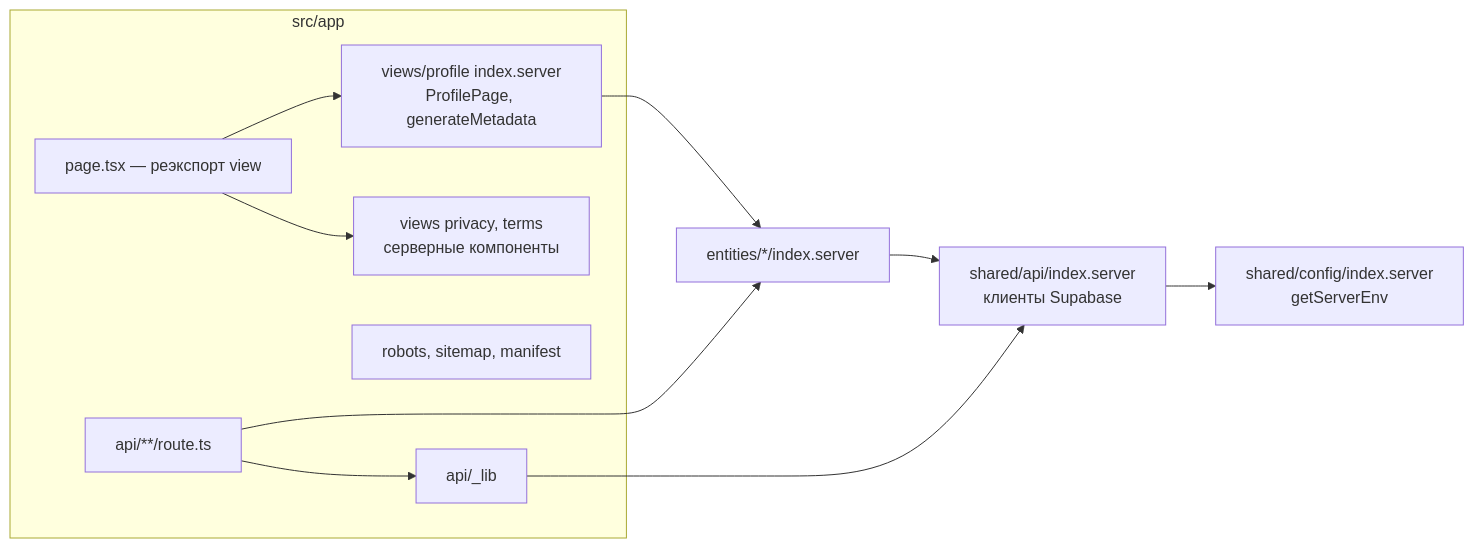
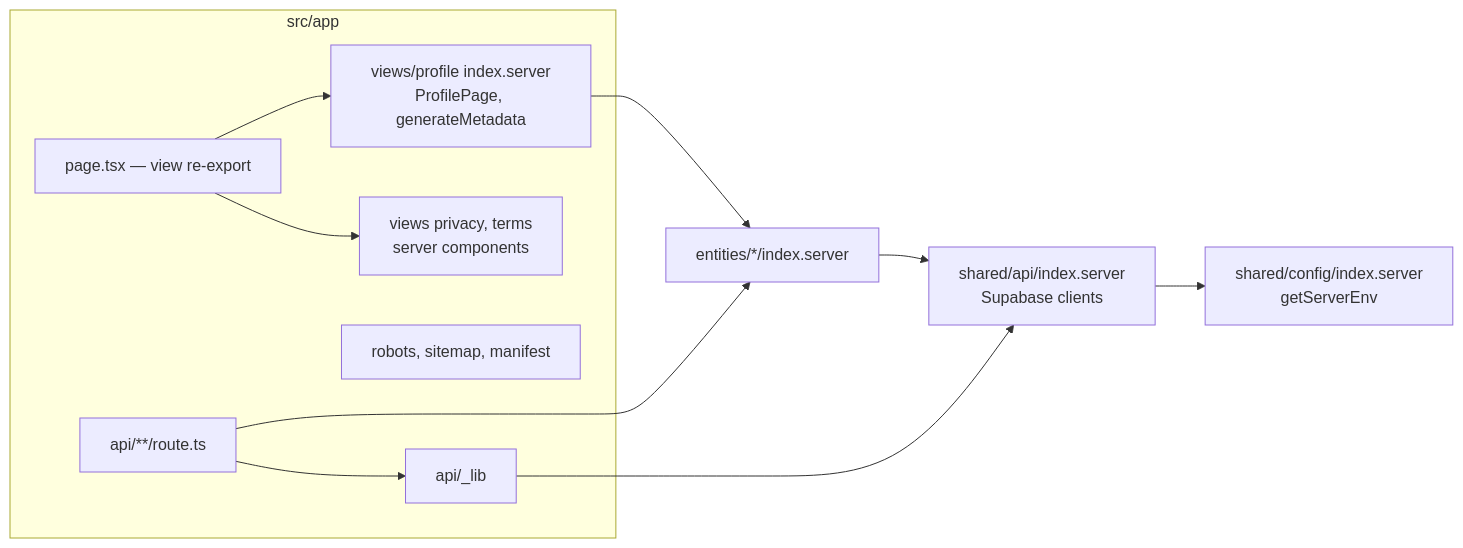
Before and after one commit to verkhoturov/freudin-website: the second of 2 diagrams in docs/code-map.md, drawn with Mermaid. The commit also changed other lines of this file and 74 other files, not shown here.

````diff
--- a/docs/code-map.md
+++ b/docs/code-map.md
@@ -63,24 +61,24 @@
 ```mermaid
 graph LR
     subgraph Routing["src/app"]
-        Pages["page.tsx — реэкспорт view"]
+        Pages["page.tsx — view re-export"]
         SSR["views/profile index.server<br/>ProfilePage, generateMetadata"]
-        Legal["views privacy, terms<br/>серверные компоненты"]
+        Legal["views privacy, terms<br/>server components"]
         Meta["robots, sitemap, manifest"]
         API["api/**/route.ts"]
         Lib["api/_lib"]
     end
 
     EntServer["entities/*/index.server"]
-    SharedServer["shared/api/index.server<br/>клиенты Supabase"]
+    SharedServer["shared/api/index.server<br/>Supabase clients"]
     Env["shared/config/index.server<br/>getServerEnv"]
 
     Pages --> SSR
     Pages --> Legal
     API --> Lib
     API --> EntServer
     SSR --> EntServer
     Lib --> SharedServer
     EntServer --> SharedServer
     SharedServer --> Env
 ```
````
